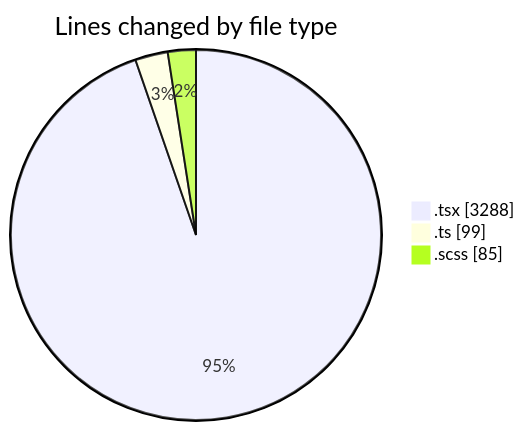
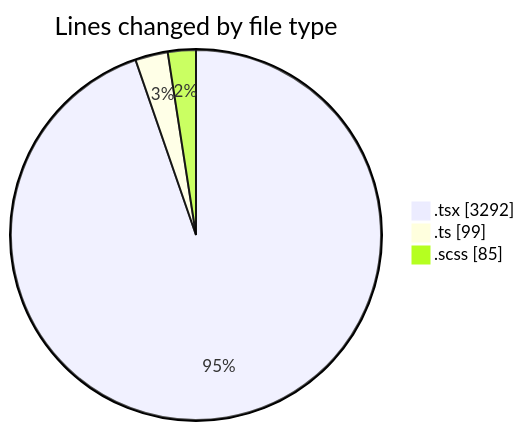
Before and after one commit to momahboobian/code-tracking: the first of 2 diagrams in 2025-02-11/cda/README.md, drawn with Mermaid. The commit also changed other lines of this file and 1 other file, not shown here.

````diff
--- a/2025-02-11/cda/README.md
+++ b/2025-02-11/cda/README.md
@@ -24,7 +24,7 @@
 ```mermaid
 pie showData
 title Lines changed by file type
-".tsx" : 3288
+".tsx" : 3292
 ".ts" : 99
 ".scss" : 85
 ```
````
